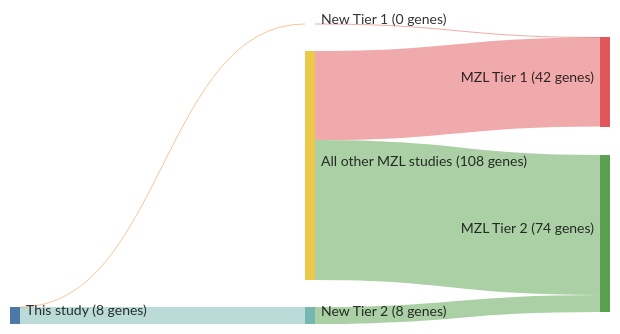
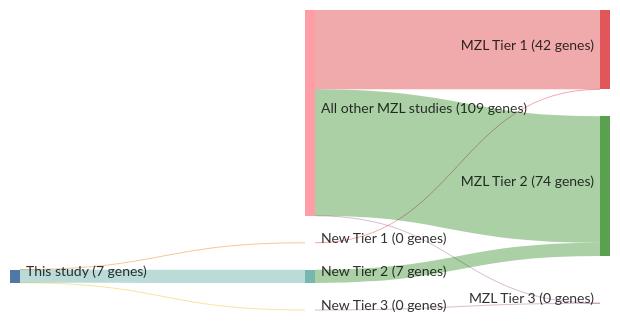
One commit to morinlab/lymphopedia changed the diagram in papers/parryWholeExomeSequencing2013.md. Above: the diagram before and after it, drawn with Mermaid. The commit also changed other lines of this file and 81 other files, not shown here.

````diff
--- a/papers/parryWholeExomeSequencing2013.md
+++ b/papers/parryWholeExomeSequencing2013.md
@@ -13,20 +12,23 @@
 ```mermaid
 ---
 config:
     sankey:
         showValues: true
         linkColor: target
         width: 600
         height: 300
         nodeAlignment: right
         prefix: '('
         suffix: ' genes)'
 ---
 sankey-beta
 This study, New Tier 1, 0
 New Tier 1, MZL Tier 1, 0
-This study, New Tier 2, 8
-New Tier 2, MZL Tier 2, 8
+This study, New Tier 2, 7
+New Tier 2, MZL Tier 2, 7
+This study, New Tier 3, 0
+New Tier 3, MZL Tier 3, 0
 All other MZL studies, MZL Tier 1, 42
-All other MZL studies, MZL Tier 2, 66
+All other MZL studies, MZL Tier 2, 67
+All other MZL studies, MZL Tier 3, 0
 ```
````
